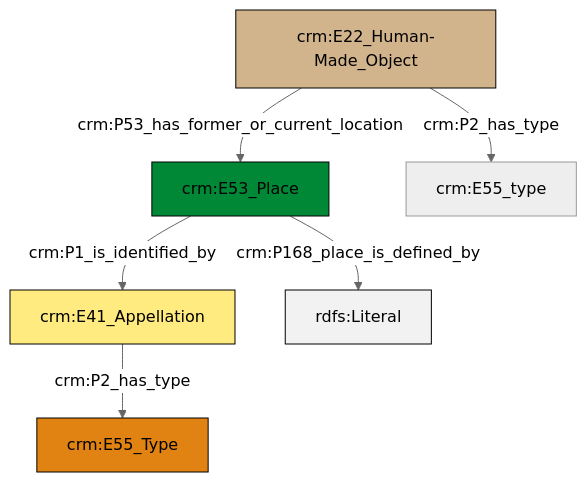
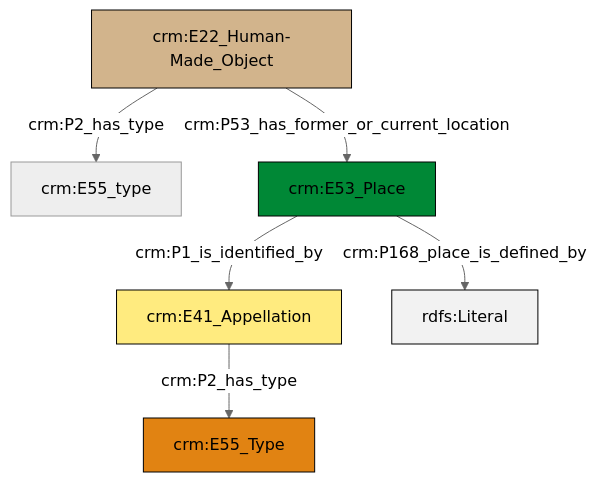
One commit to swiss-art-research-net/docs.swissartresearch changed the diagram in et/builtWorkCSV/ttl/mmd/Built_Work_location.ttl.mmd. Above: the diagram before and after it, drawn with Mermaid (neutral theme). The commit also changed 181 other files, not shown here.

```diff
--- a/et/builtWorkCSV/ttl/mmd/Built_Work_location.ttl.mmd
+++ b/et/builtWorkCSV/ttl/mmd/Built_Work_location.ttl.mmd
@@ -1,20 +1,20 @@
 graph TD
 classDef Literal fill:#f2f2f2,stroke:#000000;
 classDef CRM_Entity fill:#FFFFFF,stroke:#000000;
 classDef Temporal_Entity fill:#00C9E6, stroke:#000000;
 classDef Type fill:#E18312, stroke:#000000;
 classDef Time-Span fill:#2C9C91, stroke:#000000;
 classDef Appellation fill:#FFEB7F, stroke:#000000;
 classDef Place fill:#008836, stroke:#000000;
 classDef Persistent_Item fill:#B266B2, stroke:#000000;
 classDef Conceptual_Object fill:#FFD700, stroke:#000000;
 classDef Physical_Thing fill:#D2B48C, stroke:#000000;
 classDef Actor fill:#f58aad, stroke:#000000;
 classDef PC_Classes fill:#4ce600, stroke:#000000;
 classDef Multi fill:#cccccc,stroke:#000000;
 
-2["crm:E41_Appellation"]:::Appellation -->|crm:P2_has_type| 0["crm:E55_Type"]:::Type
-3["crm:E22_Human-Made_Object"]:::Physical_Thing -->|crm:P53_has_former_or_current_location| 4["crm:E53_Place"]:::Place
-3["crm:E22_Human-Made_Object"]:::Physical_Thing -->|crm:P2_has_type| 6["crm:E55_type"]:::Default
-4["crm:E53_Place"]:::Place -->|crm:P1_is_identified_by| 2["crm:E41_Appellation"]:::Appellation
-4["crm:E53_Place"]:::Place -->|crm:P168_place_is_defined_by| 10[rdfs:Literal]:::Literal
+0["crm:E41_Appellation"]:::Appellation -->|crm:P2_has_type| 1["crm:E55_Type"]:::Type
+2["crm:E22_Human-Made_Object"]:::Physical_Thing -->|crm:P2_has_type| 3["crm:E55_type"]:::Default
+2["crm:E22_Human-Made_Object"]:::Physical_Thing -->|crm:P53_has_former_or_current_location| 5["crm:E53_Place"]:::Place
+5["crm:E53_Place"]:::Place -->|crm:P1_is_identified_by| 0["crm:E41_Appellation"]:::Appellation
+5["crm:E53_Place"]:::Place -->|crm:P168_place_is_defined_by| 10[rdfs:Literal]:::Literal
```
